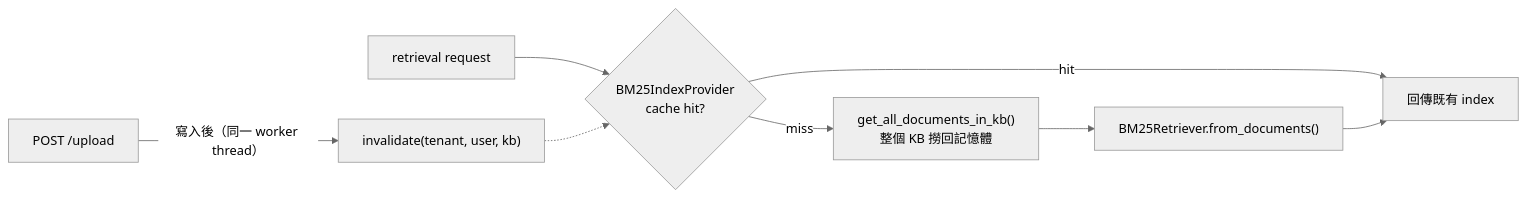
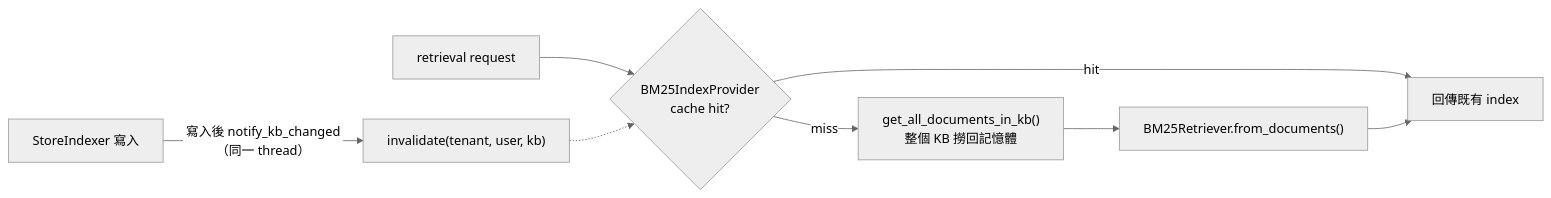
Before and after one commit to jltz1207/LoginFastapi: the fifth of 5 diagrams in docs/vectorstore/vectorstore-collection-partitioning-20261009.md, drawn with Mermaid (neutral theme). The commit also changed other lines of this file and 11 other files, not shown here.

First line of the commit message:
refactor vector store: invalidate BM25 cache on every StoreIndexer write, add TTL

````diff
--- a/docs/vectorstore/vectorstore-collection-partitioning-20261009.md
+++ b/docs/vectorstore/vectorstore-collection-partitioning-20261009.md
@@ -153,7 +153,7 @@
 ```mermaid
 flowchart LR
     R["retrieval request"] --> P{"BM25IndexProvider<br/>cache hit?"}
     P -->|hit| I["回傳既有 index"]
     P -->|miss| L["get_all_documents_in_kb()<br/>整個 KB 撈回記憶體"] --> BLD["BM25Retriever.from_documents()"] --> I
-    UP["POST /upload"] -->|"寫入後（同一 worker thread）"| INV["invalidate(tenant, user, kb)"] -.-> P
+    UP["StoreIndexer 寫入"] -->|"寫入後 notify_kb_changed（同一 thread）"| INV["invalidate(tenant, user, kb)"] -.-> P
 ```
````
